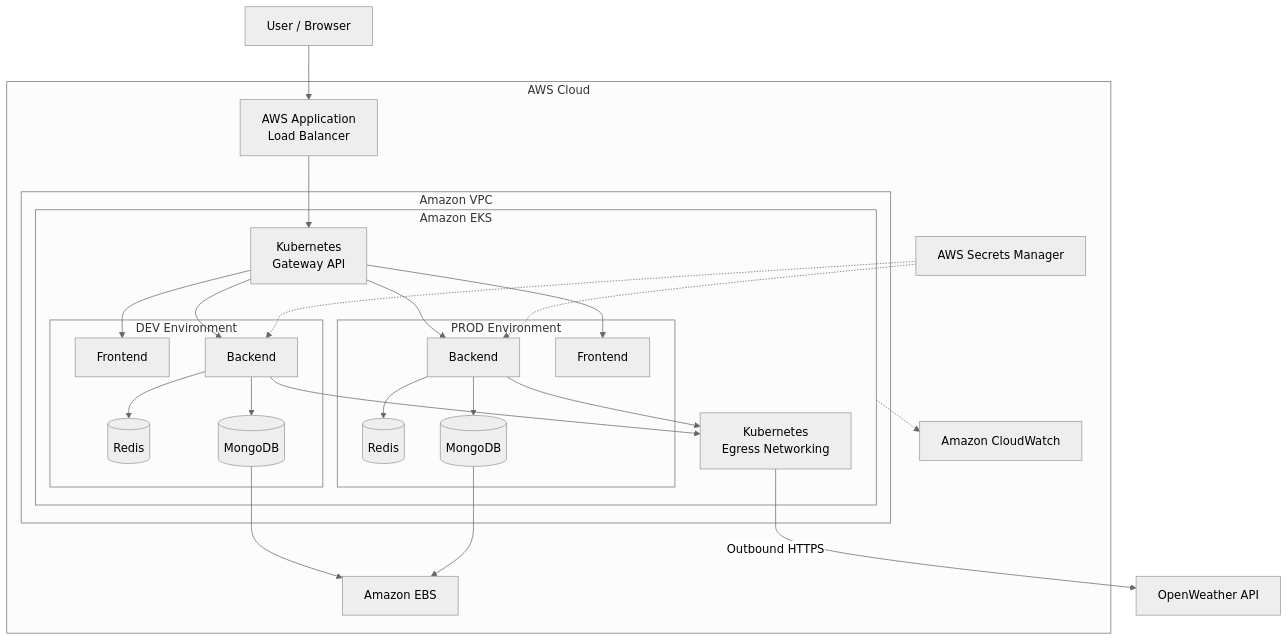
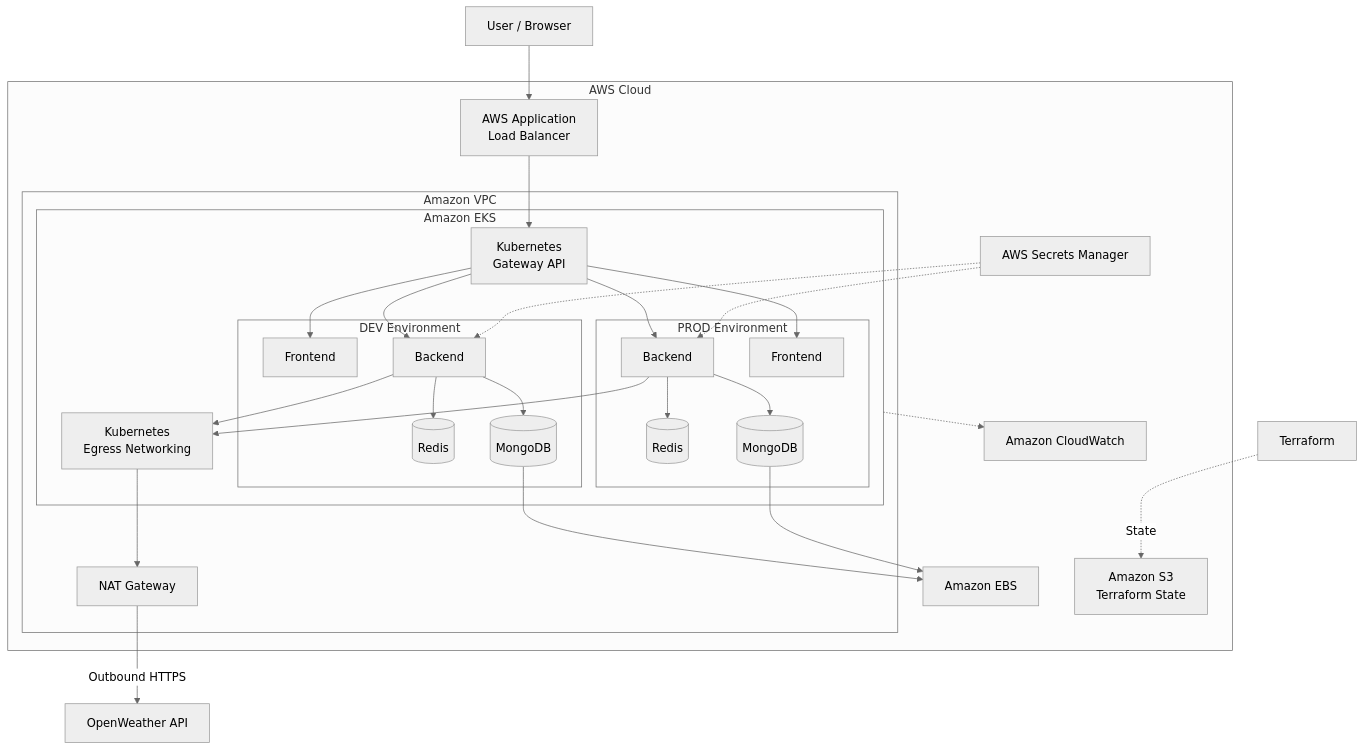
The third of 3 diagrams in docs/architecture.md (Kernel-Club/project-atmos-dev), drawn with Mermaid (neutral theme) before and after one commit. The commit also changed other lines of this file and 1 other file, not shown here.

Commit message:
Update docs: architecture.md and README.md

````diff
--- a/docs/architecture.md
+++ b/docs/architecture.md
@@ -94,61 +96,67 @@
 ```mermaid
 flowchart TB
     User["User / Browser"]
 
     subgraph AWS["AWS Cloud"]
         ALB["AWS Application<br/>Load Balancer"]
 
         subgraph VPC["Amazon VPC"]
             subgraph EKS["Amazon EKS"]
                 Gateway["Kubernetes<br/>Gateway API"]
 
                 subgraph DEV["DEV Environment"]
                     DF["Frontend"]
                     DB["Backend"]
                     DR[("Redis")]
                     DM[("MongoDB")]
                 end
 
                 subgraph PROD["PROD Environment"]
                     PF["Frontend"]
                     PB["Backend"]
                     PR[("Redis")]
                     PM[("MongoDB")]
                 end
 
                 Egress["Kubernetes<br/>Egress Networking"]
             end
+
+            NAT["NAT Gateway"]
         end
 
         EBS["Amazon EBS"]
+        S3["Amazon S3<br/>Terraform State"]
         Secrets["AWS Secrets Manager"]
         CloudWatch["Amazon CloudWatch"]
     end
 
+    Terraform["Terraform"]
     Weather["OpenWeather API"]
 
     User --> ALB
     ALB --> Gateway
 
     Gateway --> DF
     Gateway --> DB
     Gateway --> PF
     Gateway --> PB
 
     DB --> DR
     DB --> DM
     DB --> Egress
     PB --> PR
     PB --> PM
     PB --> Egress
 
-    Egress -->|Outbound HTTPS| Weather
+    Egress --> NAT
+    NAT -->|Outbound HTTPS| Weather
 
     DM --> EBS
     PM --> EBS
 
     Secrets -.-> DB
     Secrets -.-> PB
 
     EKS -.-> CloudWatch
+    Terraform -.->|State| S3
 ```
````
